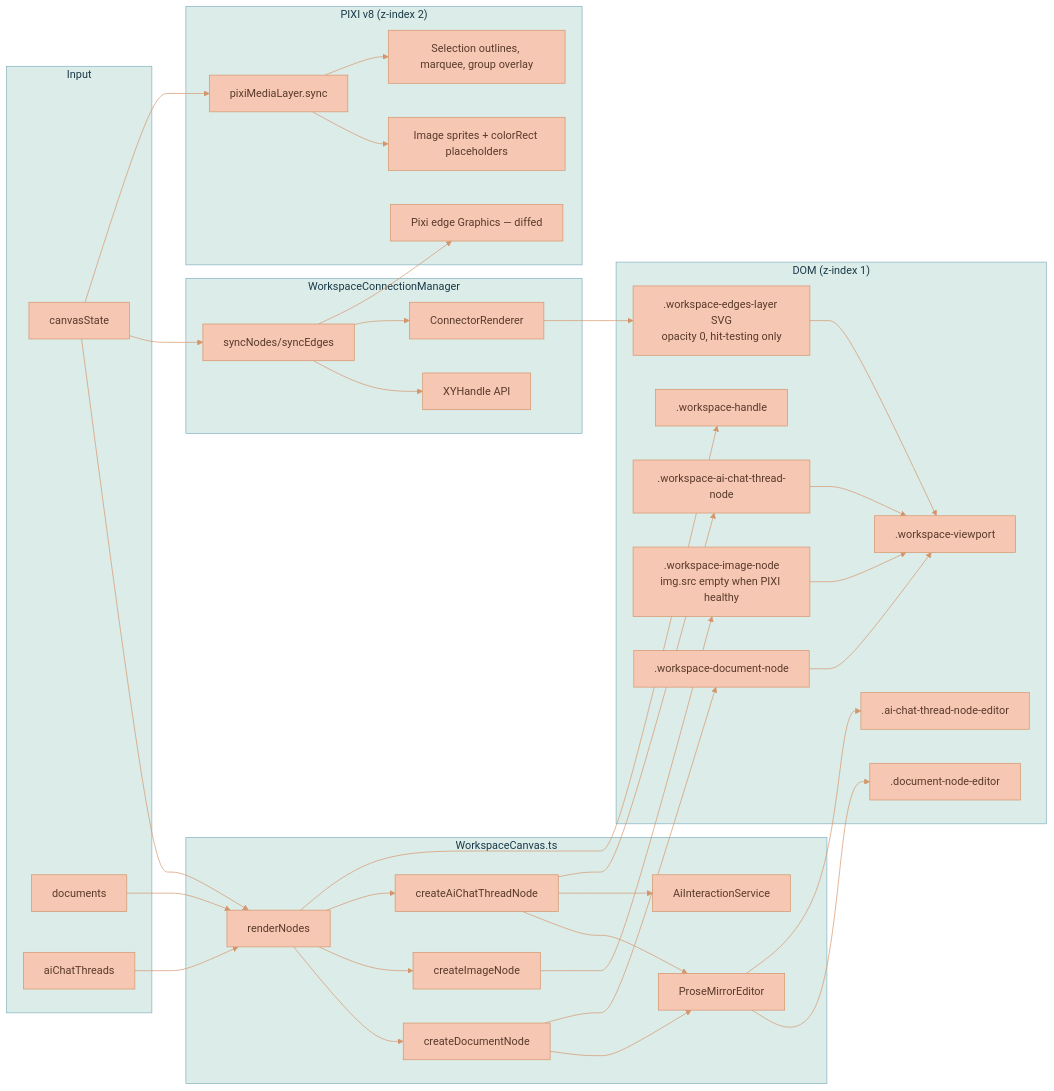
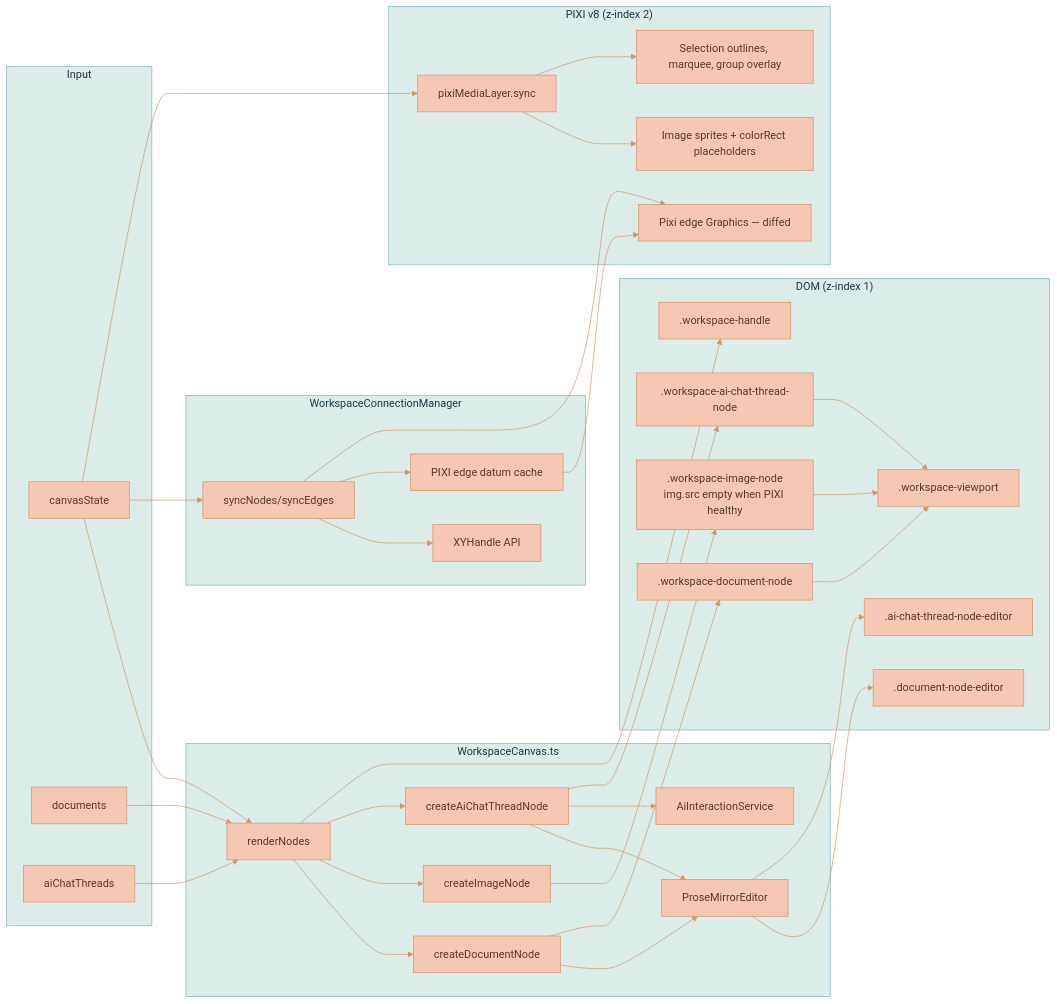
Before and after one commit to Lixpi/lixpi: the eighth of 17 diagrams in documentation/features/WORKSPACE-FEATURE.md, drawn with Mermaid. The commit also changed other lines of this file and 27 other files, not shown here.

Commit message:
LIX-168 # PIXI-only workspace connectors; remove PIXI init failure fallback

````diff
--- a/documentation/features/WORKSPACE-FEATURE.md
+++ b/documentation/features/WORKSPACE-FEATURE.md
@@ -562,70 +562,68 @@
 ```mermaid
 %%{init: {'theme': 'base', 'themeVariables': { 'primaryColor': '#F6C7B3', 'primaryTextColor': '#5a3a2a', 'primaryBorderColor': '#d4956a', 'secondaryColor': '#C3DEDD', 'secondaryTextColor': '#1a3a47', 'secondaryBorderColor': '#4a8a9d', 'tertiaryColor': '#DCECE9', 'tertiaryTextColor': '#1a3a47', 'tertiaryBorderColor': '#82B2C0', 'lineColor': '#d4956a', 'textColor': '#5a3a2a'}}}%%
 flowchart LR
     subgraph Input
         CS[canvasState]
         DOCS[documents]
         THREADS[aiChatThreads]
     end
 
     subgraph WorkspaceCanvas.ts
         RN[renderNodes]
         CDN[createDocumentNode]
         CIN[createImageNode]
         CTN[createAiChatThreadNode]
         PM[ProseMirrorEditor]
         AIS[AiInteractionService]
     end
 
     subgraph ConnectionManager["WorkspaceConnectionManager"]
         WCM[syncNodes/syncEdges]
         XYH[XYHandle API]
-        CR[ConnectorRenderer]
+        PXD[PIXI edge datum cache]
     end
 
     subgraph DOM["DOM (z-index 1)"]
         VP[.workspace-viewport]
-        EDGES[.workspace-edges-layer SVG<br/>opacity 0, hit-testing only]
         DOCNODES[.workspace-document-node]
         IMGNODES[.workspace-image-node<br/>img.src empty when PIXI healthy]
         THREADNODES[.workspace-ai-chat-thread-node]
         HANDLES[.workspace-handle]
         ED[.document-node-editor]
         TED[.ai-chat-thread-node-editor]
     end
 
     subgraph PIXI["PIXI v8 (z-index 2)"]
         PML[pixiMediaLayer.sync]
         SPR[Image sprites + colorRect placeholders]
         PEDG[Pixi edge Graphics — diffed]
         FG[Selection outlines, marquee, group overlay]
     end
 
     CS --> RN
     CS --> WCM
     CS --> PML
     DOCS --> RN
     THREADS --> RN
     RN --> CDN
     RN --> CIN
     RN --> CTN
     RN --> HANDLES
     CDN --> PM
     CTN --> PM
     CTN --> AIS
     CDN --> DOCNODES
     CIN --> IMGNODES
     CTN --> THREADNODES
     DOCNODES --> VP
     IMGNODES --> VP
     THREADNODES --> VP
     WCM --> XYH
-    WCM --> CR
+    WCM --> PXD
     WCM --> PEDG
-    CR --> EDGES
-    EDGES --> VP
+    PXD --> PEDG
     PM --> ED
     PM --> TED
     PML --> SPR
     PML --> FG
 ```
````
